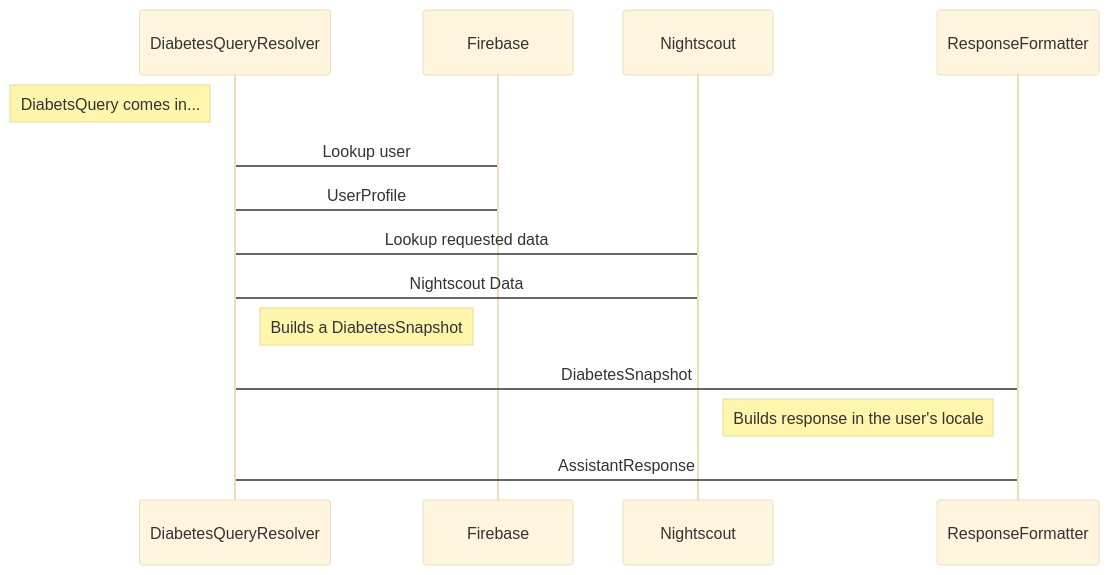
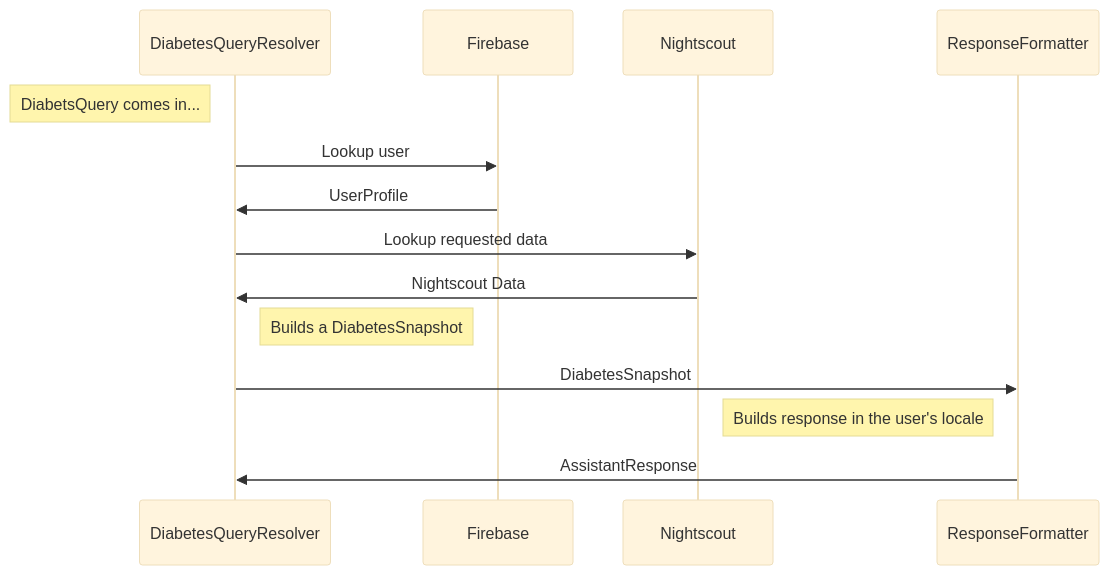
One commit to nielsmaerten/gluco-check changed the third of 3 diagrams in CONTRIBUTING.md. Above: the diagram before and after it, drawn with Mermaid (base theme). The commit also changed other lines of this file, not shown here.

````diff
--- a/CONTRIBUTING.md
+++ b/CONTRIBUTING.md
@@ -116,12 +116,12 @@
 ```mermaid
 sequenceDiagram
 Note left of DiabetesQueryResolver: DiabetsQuery comes in...
-DiabetesQueryResolver->Firebase: Lookup user
-Firebase->DiabetesQueryResolver: UserProfile
-DiabetesQueryResolver->Nightscout: Lookup requested data
-Nightscout->DiabetesQueryResolver: Nightscout Data
+DiabetesQueryResolver->>Firebase: Lookup user
+Firebase->>DiabetesQueryResolver: UserProfile
+DiabetesQueryResolver->>Nightscout: Lookup requested data
+Nightscout->>DiabetesQueryResolver: Nightscout Data
 Note right of DiabetesQueryResolver: Builds a DiabetesSnapshot
-DiabetesQueryResolver->ResponseFormatter: DiabetesSnapshot
+DiabetesQueryResolver->>ResponseFormatter: DiabetesSnapshot
 Note left of ResponseFormatter: Builds response in the user's locale
-ResponseFormatter->DiabetesQueryResolver: AssistantResponse
+ResponseFormatter->>DiabetesQueryResolver: AssistantResponse
 ```
````
